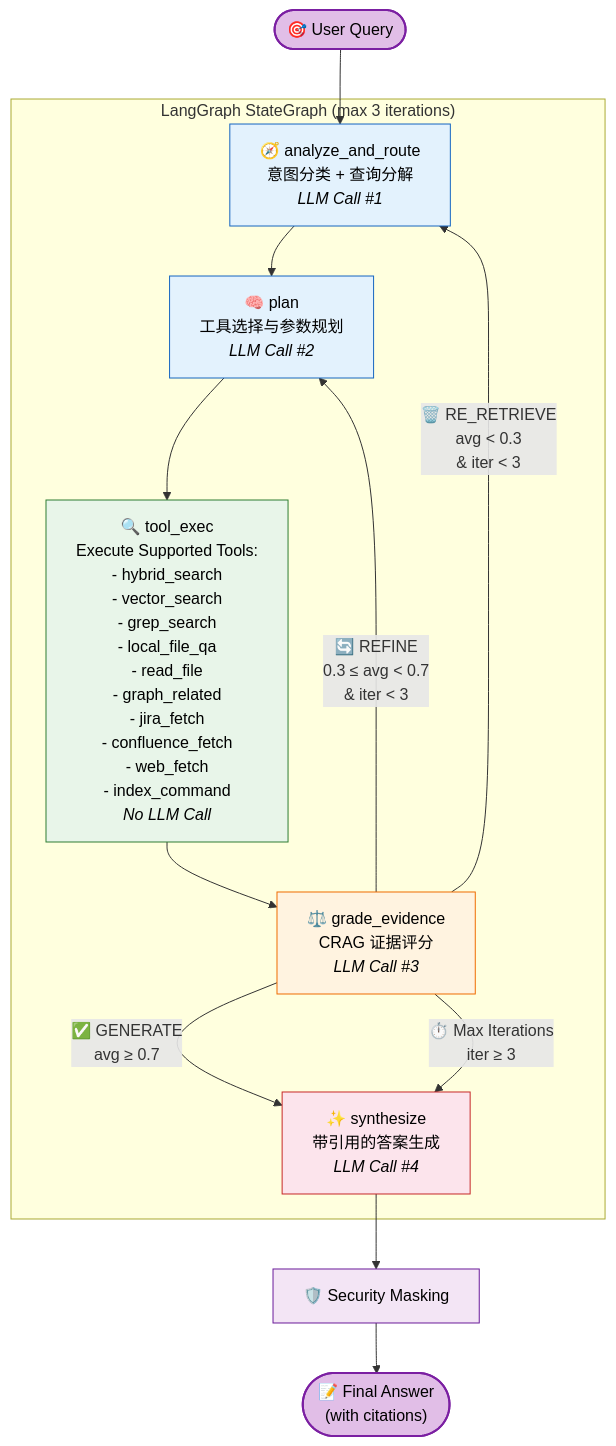
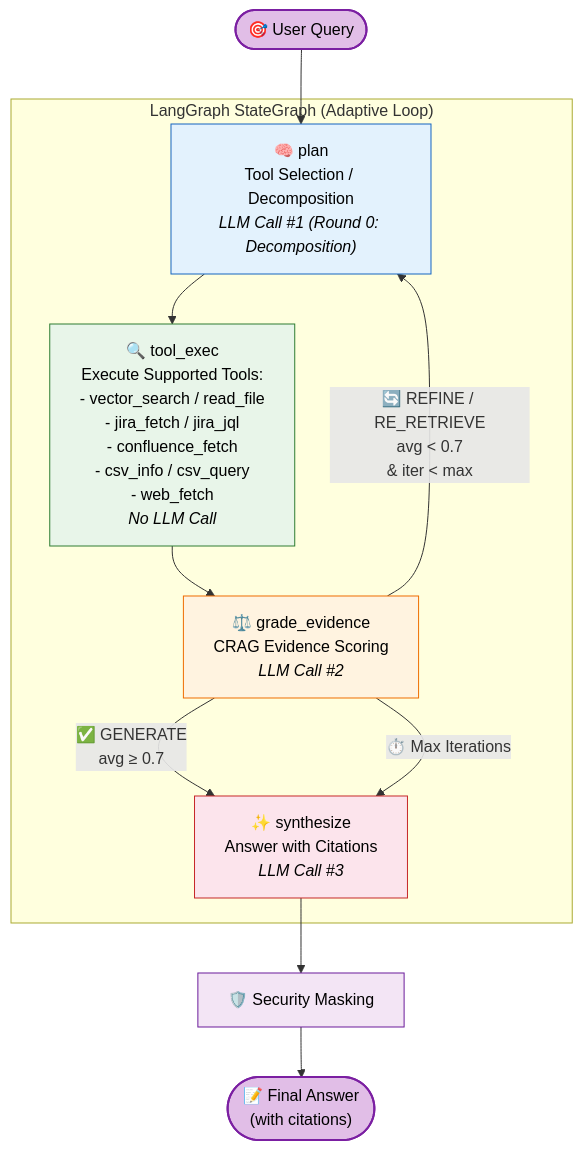
The first of 4 diagrams in docs/agentic-rag-architecture.md (coin1860/kb-agent), drawn with Mermaid before and after one commit. The commit also changed other lines of this file and 34 other files, not shown here.

First line of the commit message:
feat: implement CSV query tool, improve Confluence sync, and enhance TUI features

````diff
--- a/docs/agentic-rag-architecture.md
+++ b/docs/agentic-rag-architecture.md
@@ -14,33 +14,29 @@
 ```mermaid
 graph TD
-    Start(["🎯 User Query"]) --> Analyze
+    Start(["🎯 User Query"]) --> Plan
 
-    subgraph "LangGraph StateGraph (max 3 iterations)"
-        Analyze["🧭 analyze_and_route<br/>意图分类 + 查询分解<br/><i>LLM Call #1</i>"]
-        Plan["🧠 plan<br/>工具选择与参数规划<br/><i>LLM Call #2</i>"]
-        ToolExec["🔍 tool_exec<br/>Execute Supported Tools:<br/>- hybrid_search<br/>- vector_search<br/>- grep_search<br/>- local_file_qa<br/>- read_file<br/>- graph_related<br/>- jira_fetch<br/>- confluence_fetch<br/>- web_fetch<br/>- index_command<br/><i>No LLM Call</i>"]
-        Grade["⚖️ grade_evidence<br/>CRAG 证据评分<br/><i>LLM Call #3</i>"]
-        Synth["✨ synthesize<br/>带引用的答案生成<br/><i>LLM Call #4</i>"]
+    subgraph "LangGraph StateGraph (Adaptive Loop)"
+        Plan["🧠 plan<br/>Tool Selection / Decomposition<br/><i>LLM Call #1 (Round 0: Decomposition)</i>"]
+        ToolExec["🔍 tool_exec<br/>Execute Supported Tools:<br/>- vector_search / read_file<br/>- jira_fetch / jira_jql<br/>- confluence_fetch<br/>- csv_info / csv_query<br/>- web_fetch<br/><i>No LLM Call</i>"]
+        Grade["⚖️ grade_evidence<br/>CRAG Evidence Scoring<br/><i>LLM Call #2</i>"]
+        Synth["✨ synthesize<br/>Answer with Citations<br/><i>LLM Call #3</i>"]
 
-        Analyze --> Plan
         Plan --> ToolExec
         ToolExec --> Grade
 
         Grade -->|"✅ GENERATE<br/>avg ≥ 0.7"| Synth
-        Grade -->|"🔄 REFINE<br/>0.3 ≤ avg < 0.7<br/>& iter < 3"| Plan
-        Grade -->|"🗑️ RE_RETRIEVE<br/>avg < 0.3<br/>& iter < 3"| Analyze
-        Grade -->|"⏱️ Max Iterations<br/>iter ≥ 3"| Synth
+        Grade -->|"🔄 REFINE / RE_RETRIEVE<br/>avg < 0.7<br/>& iter < max"| Plan
+        Grade -->|"⏱️ Max Iterations"| Synth
     end
 
     Synth --> Mask["🛡️ Security Masking"]
     Mask --> End(["📝 Final Answer<br/>(with citations)"])
 
     style Start fill:#e1bee7,stroke:#7b1fa2,stroke-width:2px,color:#000
     style End fill:#e1bee7,stroke:#7b1fa2,stroke-width:2px,color:#000
-    style Analyze fill:#e3f2fd,stroke:#1565c0,color:#000
     style Plan fill:#e3f2fd,stroke:#1565c0,color:#000
     style ToolExec fill:#e8f5e9,stroke:#2e7d32,color:#000
     style Grade fill:#fff3e0,stroke:#ef6c00,color:#000
     style Synth fill:#fce4ec,stroke:#c62828,color:#000
     style Mask fill:#f3e5f5,stroke:#6a1b9a,color:#000
 ```
````
